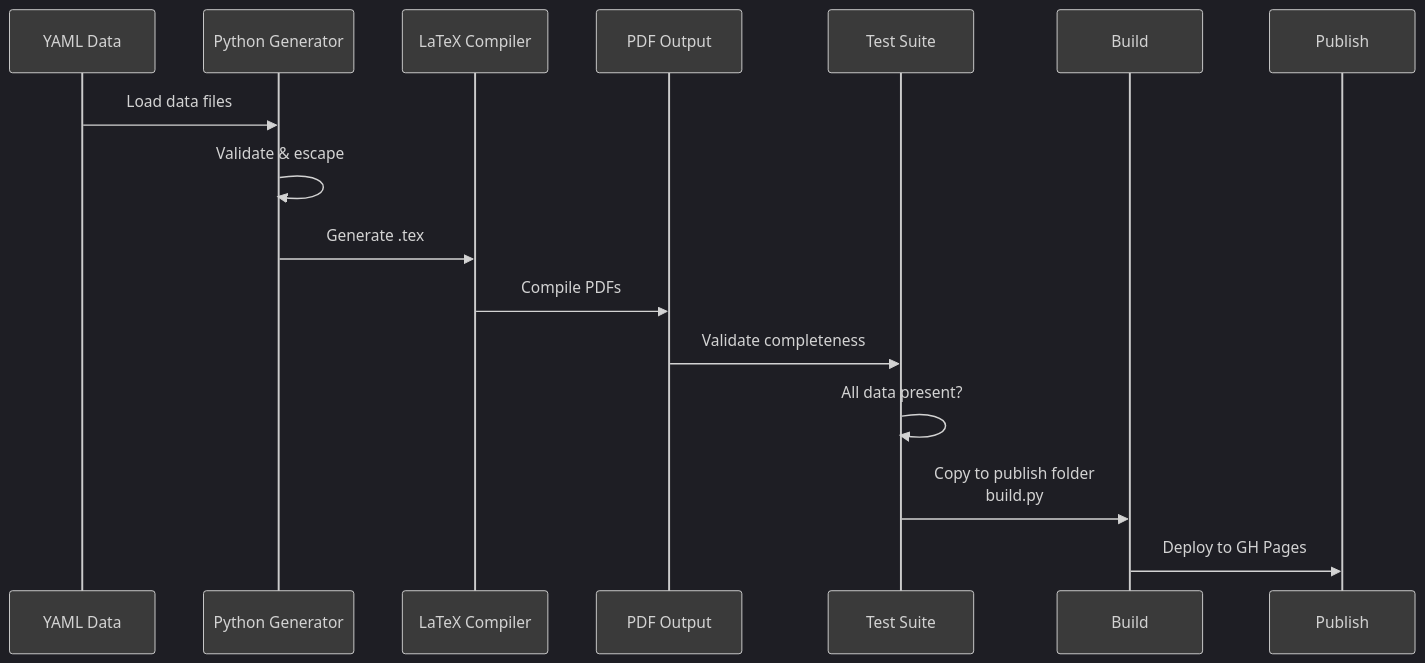
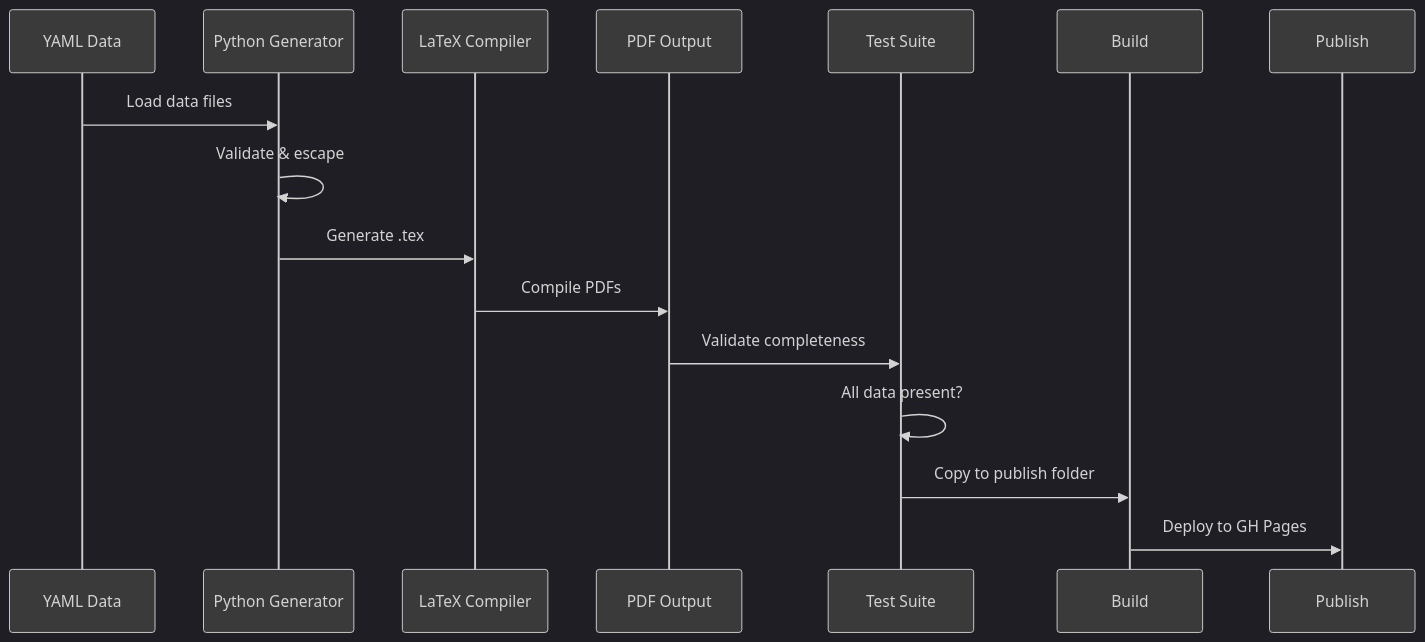
Before and after one commit to acudworth3/atc-hosted-resumes: the second of 2 diagrams in README.md, drawn with Mermaid. The commit also changed other lines of this file, not shown here.

````diff
--- a/README.md
+++ b/README.md
@@ -185,20 +181,20 @@
 ```mermaid
 %%{init: {"theme": "dark", "themeVariables": {"darkMode": true, "background": "#2b2b2b", "mainBkg": "#3a3a3a", "secondBkg": "#4a4a4a"}}}%%
 sequenceDiagram
     participant YAML as YAML Data
     participant Python as Python Generator
     participant LaTeX as LaTeX Compiler
     participant PDF as PDF Output
     participant Test as Test Suite
     participant Build as Build
     participant Publish as Publish
 
     YAML->>Python: Load data files
     Python->>Python: Validate & escape
     Python->>LaTeX: Generate .tex
     LaTeX->>PDF: Compile PDFs
     PDF->>Test: Validate completeness
     Test->>Test: All data present?
-    Test->>Build: Copy to publish folder<br/> build.py
+    Test->>Build: Copy to publish folder
     Build->>Publish: Deploy to GH Pages
 ```
````
